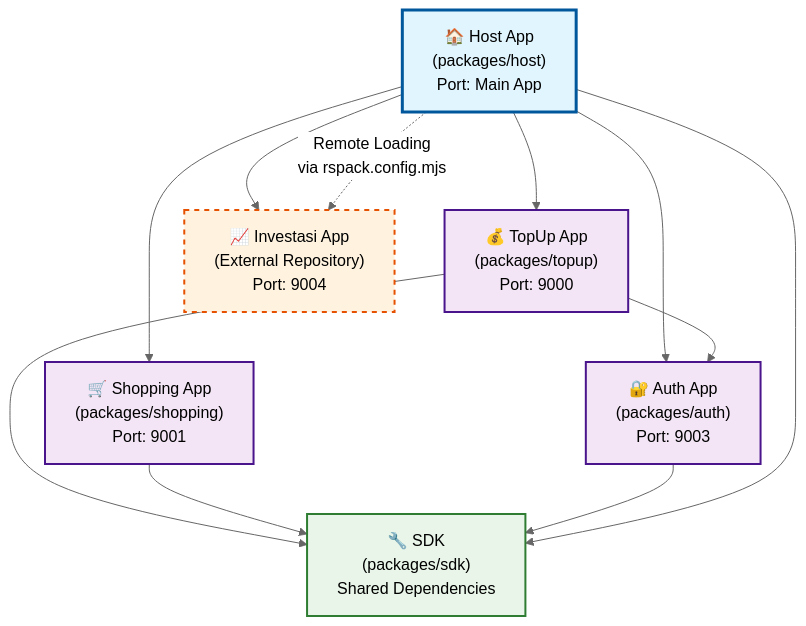
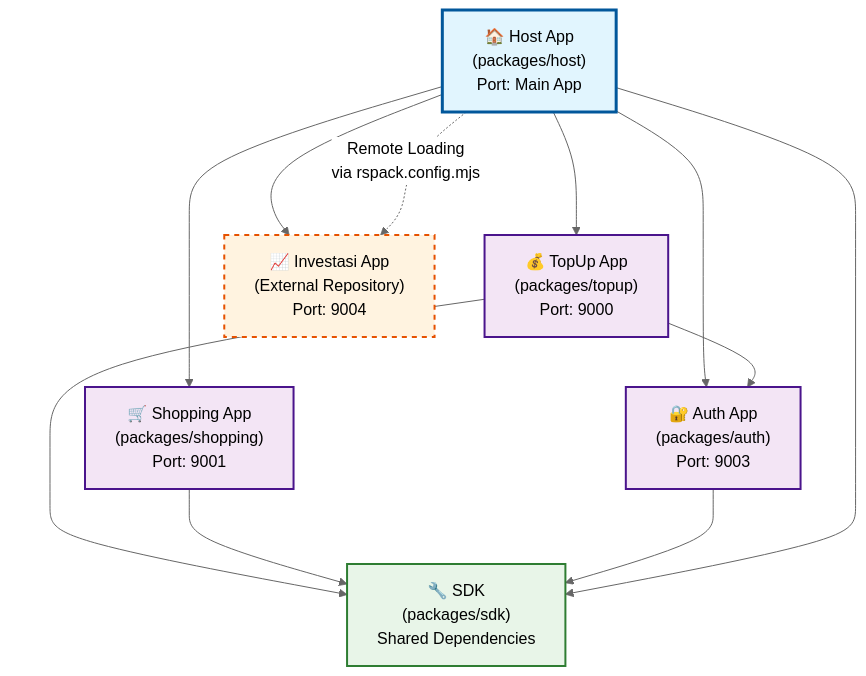
One commit to feedloop/brimo-superapp-demo changed the diagram in README.md. Above: the diagram before and after it, drawn with Mermaid (neutral theme). The commit also changed 4 other files, not shown here.

````diff
--- a/README.md
+++ b/README.md
@@ -16,42 +16,49 @@
 ```mermaid
 graph TB
     %% Host Application
     Host["🏠 Host App<br/>(packages/host)<br/>Port: Main App"]
 
-    %% Local Mini Apps
-    TopUp["💰 TopUp App<br/>(packages/topup)<br/>Port: 9000"]
-    Shopping["🛒 Shopping App<br/>(packages/shopping)<br/>Port: 9001"]
-    Auth["🔐 Auth App<br/>(packages/auth)<br/>Port: 9003"]
-
-    %% External Mini App
-    Investasi["📈 Investasi App<br/>(External Repository)<br/>Port: 9004"]
+    %% Mini Apps Layer (centered)
+    subgraph MiniApps[" "]
+        TopUp["💰 TopUp App<br/>(packages/topup)<br/>Port: 9000"]
+        Shopping["🛒 Shopping App<br/>(packages/shopping)<br/>Port: 9001"]
+        Auth["🔐 Auth App<br/>(packages/auth)<br/>Port: 9003"]
+        Investasi["📈 Investasi App<br/>(External Repository)<br/>Port: 9004"]
+    end
 
     %% SDK
     SDK["🔧 SDK<br/>(packages/sdk)<br/>Shared Dependencies"]
 
-    %% Dependencies
+    %% Host to Mini Apps Dependencies
     Host --> TopUp
     Host --> Shopping
     Host --> Auth
     Host --> Investasi
 
-    TopUp --> Auth
+    %% Mini Apps to SDK Dependencies
     TopUp --> SDK
     Shopping --> SDK
     Auth --> SDK
+
+    %% Inter Mini App Dependencies
+    TopUp --> Auth
+
+    %% Host to SDK
     Host --> SDK
 
     %% External connection
     Host -.->|"Remote Loading<br/>via rspack.config.mjs"| Investasi
 
     %% Styling
     classDef hostApp fill:#e1f5fe,stroke:#01579b,stroke-width:3px
     classDef miniApp fill:#f3e5f5,stroke:#4a148c,stroke-width:2px
     classDef externalApp fill:#fff3e0,stroke:#e65100,stroke-width:2px,stroke-dasharray: 5 5
     classDef sdk fill:#e8f5e8,stroke:#2e7d32,stroke-width:2px
+    classDef subgraphStyle fill:transparent,stroke:transparent
 
     class Host hostApp
     class TopUp,Shopping,Auth miniApp
     class Investasi externalApp
     class SDK sdk
+    class MiniApps subgraphStyle
 ```
````
